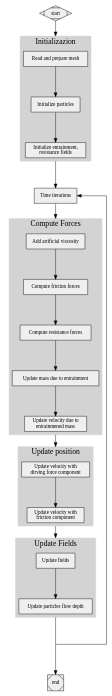
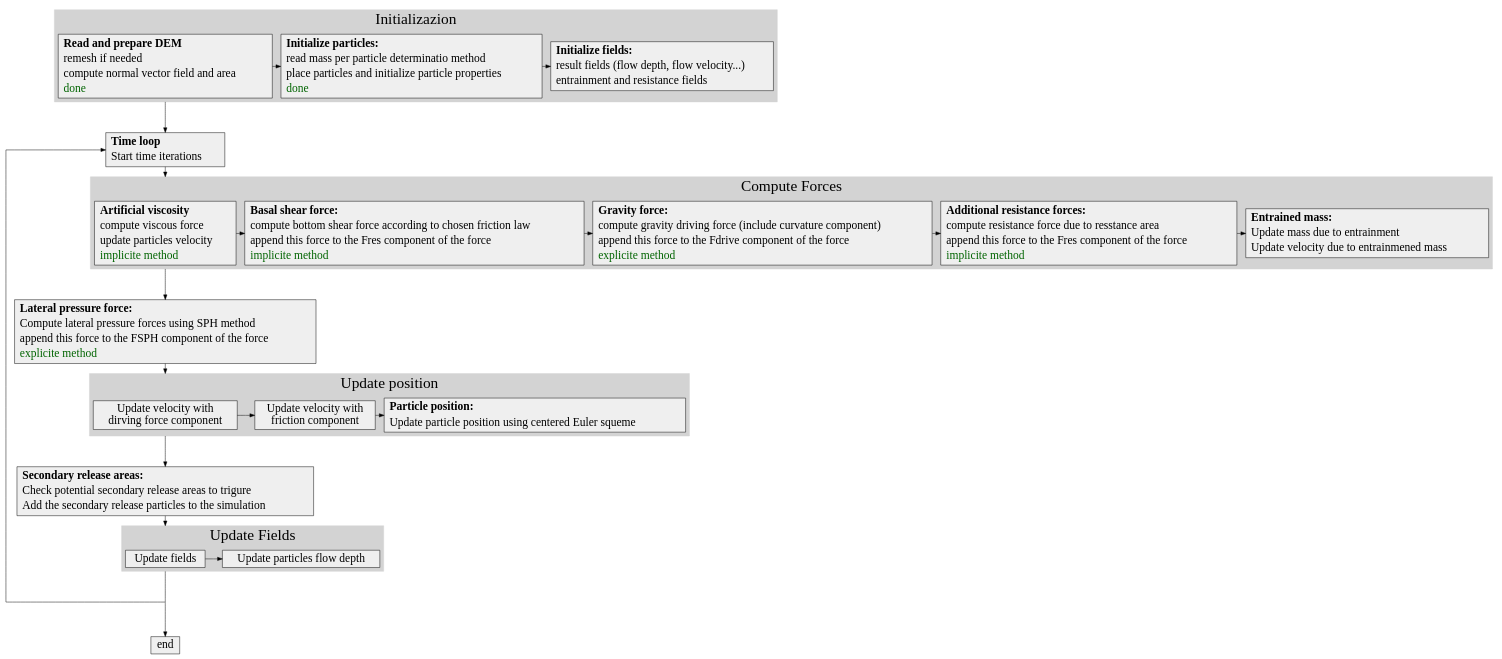
The diagram in docs/com1DFAAlgorithmGraph.dot (avaframe/AvaFrame), drawn with Graphviz before and after one commit. The commit also changed 4 other files, not shown here.

Commit message:
working on graph

```diff
--- a/docs/com1DFAAlgorithmGraph.dot
+++ b/docs/com1DFAAlgorithmGraph.dot
@@ -1,73 +1,160 @@
 
-digraph "sphinx-ext-graphviz" {
-compound=true;
-  size="12,20";
+digraph "com1DFA algorithm graph" {
+  /* compound=true; */
+  newrank=true;
+  size="100,100";
   rankdir="TB";
-  graph [ranksep=1, splines=ortho, fontname="Verdana", fontsize="18"];
-  node [shape=box style=filled fontsize=12 fontname="Verdana" fillcolor="#efefef"];
-  edge [fontname="Sans", fontsize="9"];
+  graph [compound=true, ranksep=1, splines=ortho, fontname="Verdana", fontsize="32"];
+  node [shape=box, style=filled, fontsize=24 fontname="Verdana" fillcolor="#efefef"];
+  edge [fontname="Sans", fontsize="18"];
 
-  prepareMesh [label="Read and prepare mesh",
-    href="DFAnumerics.html#mesh-and-interpolation"];
-  initializeParticles [label="Initialize particles",
-    href=""];
-  initializeFields [label="Initialize entrainment, \n resistance fields",
-    href="modelCom1DFA.html"];
-  timeLoop [label="Time iterations"];
+  prepareMesh [label=<
+   <table border="0" cellborder="0" cellspacing="1">
+     <tr><td align="left" href="../_autosummary/com1DFAPy.com1DFA.initializeMesh.html#com1DFAPy.com1DFA.initializeMesh" title="initializeMesh function" target="_blank"><b>Read and prepare DEM</b></td></tr>
+     <tr><td align="left" href="../_autosummary/in3Utils.geoTrans.remeshDEM.html#in3Utils.geoTrans.remeshDEM" title="remesh function" target="_blank">remesh if needed</td></tr>
+     <tr><td align="left" href="../DFAnumerics.html#mesh" title="compute normals and area" target="_blank">compute normal vector field and area</td></tr>
+     <tr><td align="left"><font color="darkgreen">done</font></td></tr>
+   </table>>];
+
+  initializeParticles [label=<
+    <table border="0" cellborder="0" cellspacing="1">
+     <tr><td align="left"><b>Initialize particles:</b></td></tr>
+     <tr><td align="left">read mass per particle determinatio method</td></tr>
+     <tr><td align="left">place particles and initialize particle properties</td></tr>
+     <tr><td align="left"><font color="darkgreen">done</font></td></tr>
+    </table>>];
+
+  initializeFields [label=<
+    <table border="0" cellborder="0" cellspacing="1">
+     <tr><td align="left"><b>Initialize fields:</b></td></tr>
+     <tr><td align="left" href="../DFAnumerics.html" title="This is a link title in SVG!" target="_blank">result fields (flow depth, flow velocity...)</td></tr>
+     <tr><td align="left" href="../DFAnumerics.html#artificial-viscosity" target="_blank">entrainment and resistance fields</td></tr>
+    </table>>];
+
+  timeLoop [label="Start time iterations"];
+  timeLoop [label=<
+    <table border="0" cellborder="0" cellspacing="1">
+     <tr><td align="left"><b>Time loop</b></td></tr>
+     <tr><td align="left">Start time iterations</td></tr>
+    </table>>];
   endTimeLoop [width=0 shape=point label=""];
-  artifViscosity [label="Add artificial viscosity",
-    href="DFAnumerics.html#artificial-viscosity"];
-  coputeFrictForce [label="Compute friction forces",
-    href="theoryCom1DFA.html#friction-model"];
+  middleUpdatePos [width=0 shape=point label=""];
+  middleUpdateFields [width=0 shape=point label=""];
+  artifViscosity [label=<
+     <table border="0" cellborder="0" cellspacing="1">
+       <tr><td align="left"><b>Artificial viscosity</b></td></tr>
+       <tr><td align="left">compute viscous force</td></tr>
+       <tr><td align="left">update particles velocity</td></tr>
+       <tr><td align="left"><font color="darkgreen">implicite method</font></td></tr>
+     </table>>, href="../DFAnumerics.html#artificial-viscosity"];
+
+
+  computeGravityForce [label=<
+      <table border="0" cellborder="0" cellspacing="1">
+       <tr><td align="left"><b>Gravity force:</b></td></tr>
+       <tr><td align="left" href="../theoryCom1DFA.html#equation-sigmab" target="_blank">compute gravity driving force (include curvature component)</td></tr>
+       <tr><td align="left" >append this force to the Fdrive component of the force</td></tr>
+       <tr><td align="left" href="../theoryCom1DFA.html#friction-model" target="_blank"><font color="darkgreen">explicite method</font></td></tr>
+     </table>>];
+  computeFrictForce [label=<
+      <table border="0" cellborder="0" cellspacing="1">
+       <tr><td align="left"><b>Basal shear force:</b></td></tr>
+       <tr><td align="left" href="../theoryCom1DFA.html#friction-model" target="_blank">compute bottom shear force according to chosen friction law</td></tr>
+       <tr><td align="left" >append this force to the Fres component of the force</td></tr>
+       <tr><td align="left" href="../theoryCom1DFA.html#friction-model" target="_blank"><font color="darkgreen">implicite method</font></td></tr>
+     </table>>];
   computeResForce [label="Compute resistance forces"];
-  updateMassEntr [label="Update mass due to entrainment"];
-  updateVelocityEntr [label="Update velocity due to \nentrainmened mass"];
+  computeResForce [label=<
+      <table border="0" cellborder="0" cellspacing="1">
+       <tr><td align="left"><b>Additional resistance forces:</b></td></tr>
+       <tr><td align="left" href="../theoryCom1DFA.html#resistance" target="_blank">compute resistance force due to resstance area</td></tr>
+       <tr><td align="left" >append this force to the Fres component of the force</td></tr>
+       <tr><td align="left" href="../theoryCom1DFA.html#resistance" target="_blank"><font color="darkgreen">implicite method</font></td></tr>
+     </table>>];
+  updateMassEntr [label=<
+      <table border="0" cellborder="0" cellspacing="1">
+       <tr><td align="left"><b>Entrained mass:</b></td></tr>
+       <tr><td align="left" href="../theoryCom1DFA.html#resistance" target="_blank">Update mass due to entrainment</td></tr>
+       <tr><td align="left" >Update velocity due to entrainmened mass</td></tr>
+    </table>>];
+  computeSPHForce [label="Compute lateral pressure forces"];
+  computeSPHForce [label=<
+      <table border="0" cellborder="0" cellspacing="1">
+       <tr><td align="left"><b>Lateral pressure force:</b></td></tr>
+       <tr><td align="left" href="../theoryCom1DFA.html#resistance" target="_blank">Compute lateral pressure forces using SPH method</td></tr>
+       <tr><td align="left" >append this force to the FSPH component of the force</td></tr>
+       <tr><td align="left" href="../theoryCom1DFA.html#resistance" target="_blank"><font color="darkgreen">explicite method</font></td></tr>
+     </table>>];
   updateVelocityDrive [label="Update velocity with \n dirving force component"];
   updateVelocityFrict [label="Update velocity with \n friction component"];
+  updatePartPos [label=<
+      <table border="0" cellborder="0" cellspacing="1">
+       <tr><td align="left"><b>Particle position:</b></td></tr>
+       <tr><td align="left" href="../theoryCom1DFA.html#resistance" target="_blank">Update particle position using centered Euler squeme</td></tr>
+     </table>>];
+  addSecRelease [label=<
+      <table border="0" cellborder="0" cellspacing="1">
+       <tr><td align="left"><b>Secondary release areas:</b></td></tr>
+       <tr><td align="left" >Check potential secondary release areas to trigure</td></tr>
+       <tr><td align="left" >Add the secondary release particles to the simulation</td></tr>
+     </table>>];
   updateFields [label="Update fields"];
   updateParticlesFlowDepth [label="Update particles flow depth"];
 
 
-  subgraph cluster_0 {
+  /* start -> prepareMesh [lhead=cluster_initialization]; */
+  prepareMesh -> timeLoop [weight=10,ltail=cluster_initialization];
+  timeLoop -> artifViscosity [weight=10,lhead=cluster_Forces];
+  artifViscosity -> computeSPHForce [weight=10, ltail=cluster_Forces];
+  computeSPHForce -> updateVelocityDrive [weight=10,lhead=cluster_2];
+  updateVelocityDrive -> addSecRelease [weight=10,ltail=cluster_2];
+  addSecRelease -> updateFields [weight=10,lhead=cluster_3];
+  updateFields -> endTimeLoop [weight=10,ltail=cluster_3, arrowhead=none];
+  endTimeLoop -> end [weight=10];
+  endTimeLoop -> timeLoop [weight=1, constraint=false];
+  /* computeFrictForce -> updateVelocityFrict[constraint=false];
+  computeResForce -> updateVelocityFrict [constraint=false];
+  computeSPHForce -> updateVelocityDrive [constraint=false];#, xlabel="add lateral pressure force \n component to the driving force"];
+  computeGravityForce -> updateVelocityDrive [constraint=false]#, xlabel="add gravity force \n component to the driving force"]; */
+
+
+  subgraph cluster_initialization {
+    rank=same;
     style=filled;
     color=lightgrey;
-    prepareMesh -> initializeParticles [weight=1];
-    initializeParticles -> initializeFields [weight=1];
+    prepareMesh -> initializeParticles;
+    initializeParticles -> initializeFields;
     label = "Initializazion";
   }
 
-  subgraph cluster_1 {
+  subgraph cluster_Forces {
+    rank=same;
     style=filled;
     color=lightgrey;
-    artifViscosity -> coputeFrictForce [weight=10];
-    coputeFrictForce -> computeResForce [weight=10];
-    computeResForce -> updateMassEntr [weight=10];
-    updateMassEntr -> updateVelocityEntr [weight=10];
+    artifViscosity -> computeFrictForce;
+    computeFrictForce -> computeGravityForce;
+    computeGravityForce -> computeResForce;
+    computeResForce -> updateMassEntr;
     label = "Compute Forces";
   }
 
   subgraph cluster_2 {
-    updateVelocityDrive -> updateVelocityFrict [weight=10];
+    rank=same;
+    updateVelocityDrive -> middleUpdatePos [weight=10, arrowhead=none];
+    middleUpdatePos -> updateVelocityFrict [weight=10];
+    updateVelocityFrict -> updatePartPos [weight=10];
+
     label = "Update position";
     style=filled;
     color=lightgrey;
   }
   subgraph cluster_3 {
-    updateFields -> updateParticlesFlowDepth [weight=1];
+    rank=same;
+    updateFields -> middleUpdateFields [weight=10, arrowhead=none];
+    middleUpdateFields -> updateParticlesFlowDepth [weight=10];
     label = "Update Fields";
     style=filled;
     color=lightgrey;
   }
 
-  start -> prepareMesh [lhead=cluster_0];
-  initializeFields -> timeLoop [weight=10,ltail=cluster_0];
-  timeLoop -> artifViscosity [weight=10,lhead=cluster_1];
-  updateVelocityEntr -> updateVelocityDrive [weight=10,ltail=cluster_1,lhead=cluster_2];
-  updateVelocityFrict -> updateFields [weight=10,ltail=cluster_2,lhead=cluster_3];
-  updateParticlesFlowDepth -> endTimeLoop [weight=10,ltail=cluster_3, arrowhead=none];
-  endTimeLoop -> end [weight=10];
-  endTimeLoop -> timeLoop [weight=1, constraint=false];
-
-  start [shape=Mdiamond];
-  end [shape=Msquare];
    }
```
